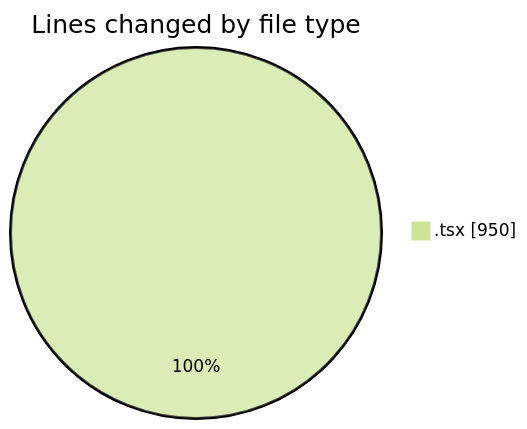
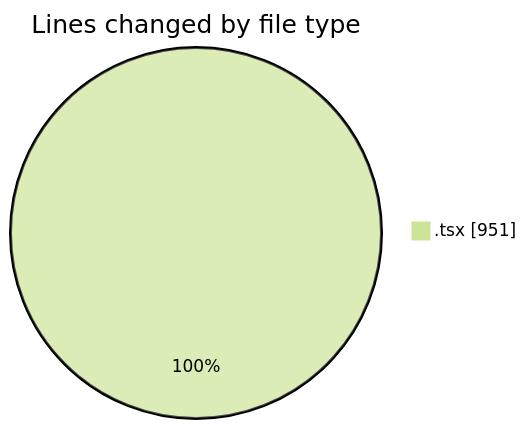
The first of 2 diagrams in 2025-07-03/cda/README.md (momahboobian/code-tracking), drawn with Mermaid (forest theme) before and after one commit. The commit also changed other lines of this file and 1 other file, not shown here.

````diff
--- a/2025-07-03/cda/README.md
+++ b/2025-07-03/cda/README.md
@@ -22,5 +22,5 @@
 ```mermaid
 pie showData
 title Lines changed by file type
-".tsx" : 950
+".tsx" : 951
 ```
````
